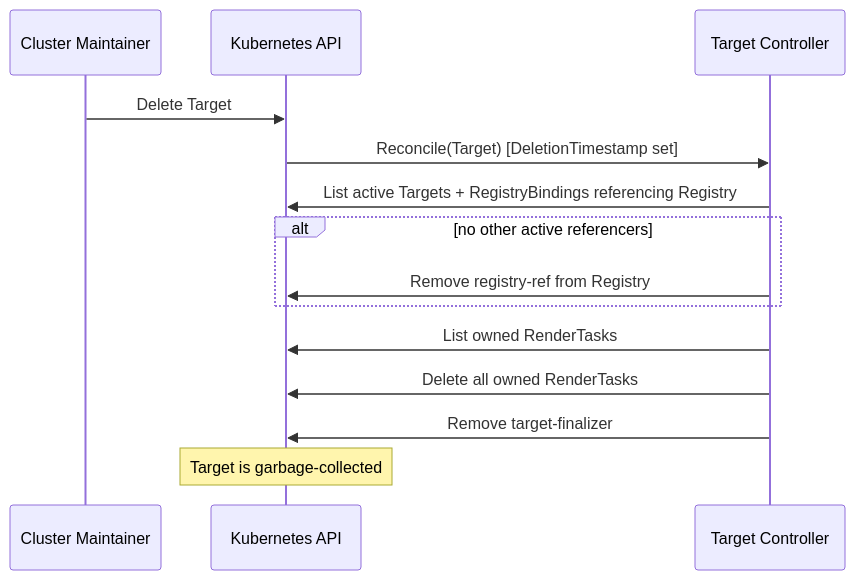
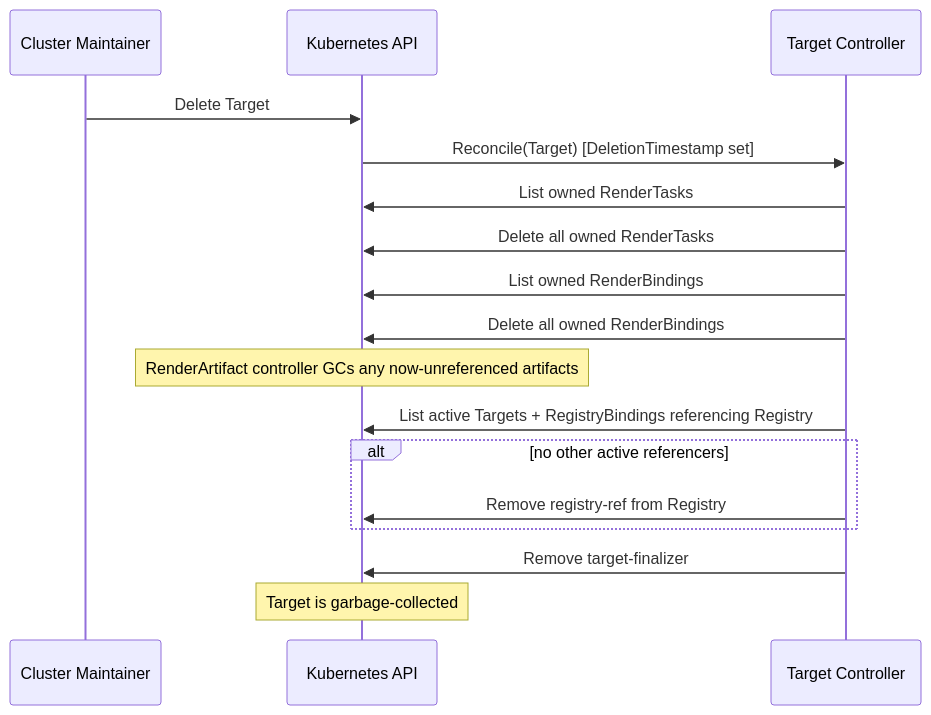
Before and after one commit to opendefensecloud/solution-arsenal: the fourth of 5 diagrams in docs/developer-guide/target_controller.md, drawn with Mermaid.

Commit message:
docs(target-controller): correct the Target deletion sequence
The deletion diagram listed only RenderTask deletion, while the
responsibility list above it says the controller also deletes its owned
RenderBindings, so the page contradicted itself. Add the list and delete
steps, plus a note that the RenderArtifact controller collects any
artifacts left unreferenced — which is the reason the bindings are
deleted at all.

The diagram also had the registry-ref finalizer removal before the
RenderTask deletion. Reconcile does it the other way round: owned
RenderTasks, then owned RenderBindings, then the registry-ref finalizer,
then the Target's own finalizer. Move the step to match.

````diff
--- a/docs/developer-guide/target_controller.md
+++ b/docs/developer-guide/target_controller.md
@@ -190,17 +190,20 @@
 ```mermaid
 sequenceDiagram
     participant User as Cluster Maintainer
     participant K8s as Kubernetes API
     participant TargetCtrl as Target Controller
 
     User->>K8s: Delete Target
     K8s->>TargetCtrl: Reconcile(Target) [DeletionTimestamp set]
+    TargetCtrl->>K8s: List owned RenderTasks
+    TargetCtrl->>K8s: Delete all owned RenderTasks
+    TargetCtrl->>K8s: List owned RenderBindings
+    TargetCtrl->>K8s: Delete all owned RenderBindings
+    Note over K8s: RenderArtifact controller GCs any now-unreferenced artifacts
     TargetCtrl->>K8s: List active Targets + RegistryBindings referencing Registry
     alt no other active referencers
         TargetCtrl->>K8s: Remove registry-ref from Registry
     end
-    TargetCtrl->>K8s: List owned RenderTasks
-    TargetCtrl->>K8s: Delete all owned RenderTasks
     TargetCtrl->>K8s: Remove target-finalizer
     Note over K8s: Target is garbage-collected
 ```
````
